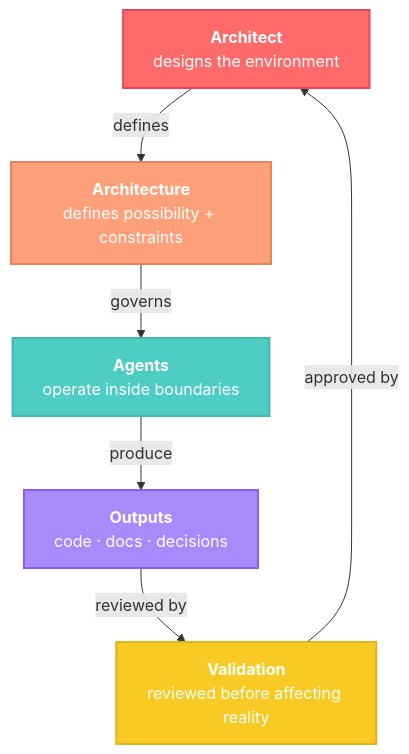
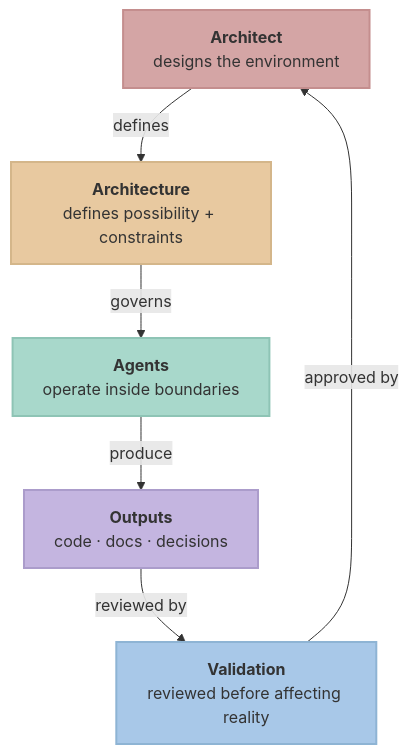
Before and after one commit to block3-io/block3-start: the third of 5 diagrams in README.md, drawn with Mermaid. The commit also changed other lines of this file, not shown here.

Commit message:
Unify all diagrams to pastel palette

````diff
--- a/README.md
+++ b/README.md
@@ -87,20 +87,20 @@
 ```mermaid
 graph TD
     AR["<b>Architect</b><br/>designs the environment"]
     ARCH["<b>Architecture</b><br/>defines possibility + constraints"]
     AG["<b>Agents</b><br/>operate inside boundaries"]
     OUT["<b>Outputs</b><br/>code · docs · decisions"]
     VAL["<b>Validation</b><br/>reviewed before affecting reality"]
 
     AR -->|"defines"| ARCH
     ARCH -->|"governs"| AG
     AG -->|"produce"| OUT
     OUT -->|"reviewed by"| VAL
     VAL -->|"approved by"| AR
 
-    style AR fill:#ff6b6b,stroke:#e94560,color:#fff,stroke-width:2px
-    style ARCH fill:#ffa07a,stroke:#e8825c,color:#fff,stroke-width:2px
-    style AG fill:#4ecdc4,stroke:#45b7aa,color:#fff,stroke-width:2px
-    style OUT fill:#a78bfa,stroke:#8b5cf6,color:#fff,stroke-width:2px
-    style VAL fill:#f9ca24,stroke:#e0b41e,color:#fff,stroke-width:2px
+    style AR fill:#d4a5a5,stroke:#c48e8e,color:#333,stroke-width:2px
+    style ARCH fill:#e8c9a0,stroke:#d4b68a,color:#333,stroke-width:2px
+    style AG fill:#a8d8cb,stroke:#8ec4b5,color:#333,stroke-width:2px
+    style OUT fill:#c4b5e0,stroke:#ab9ccb,color:#333,stroke-width:2px
+    style VAL fill:#a8c8e8,stroke:#8eb4d4,color:#333,stroke-width:2px
 ```
````
